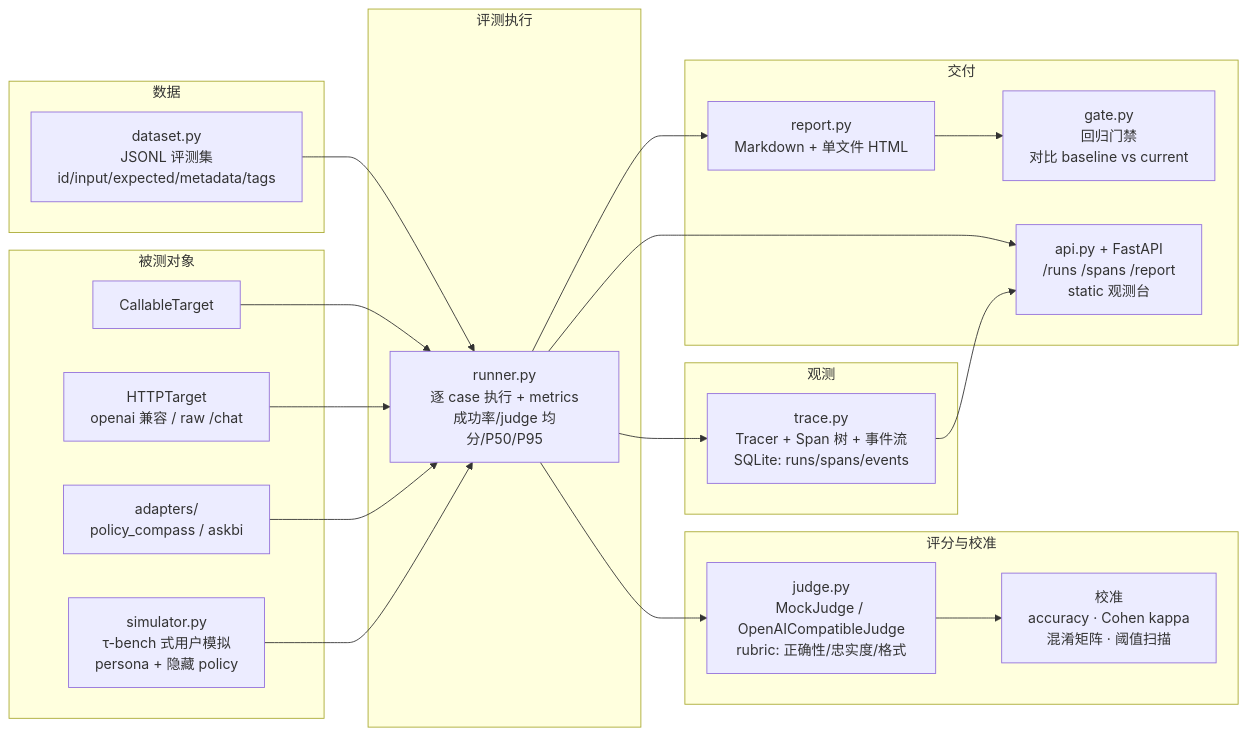
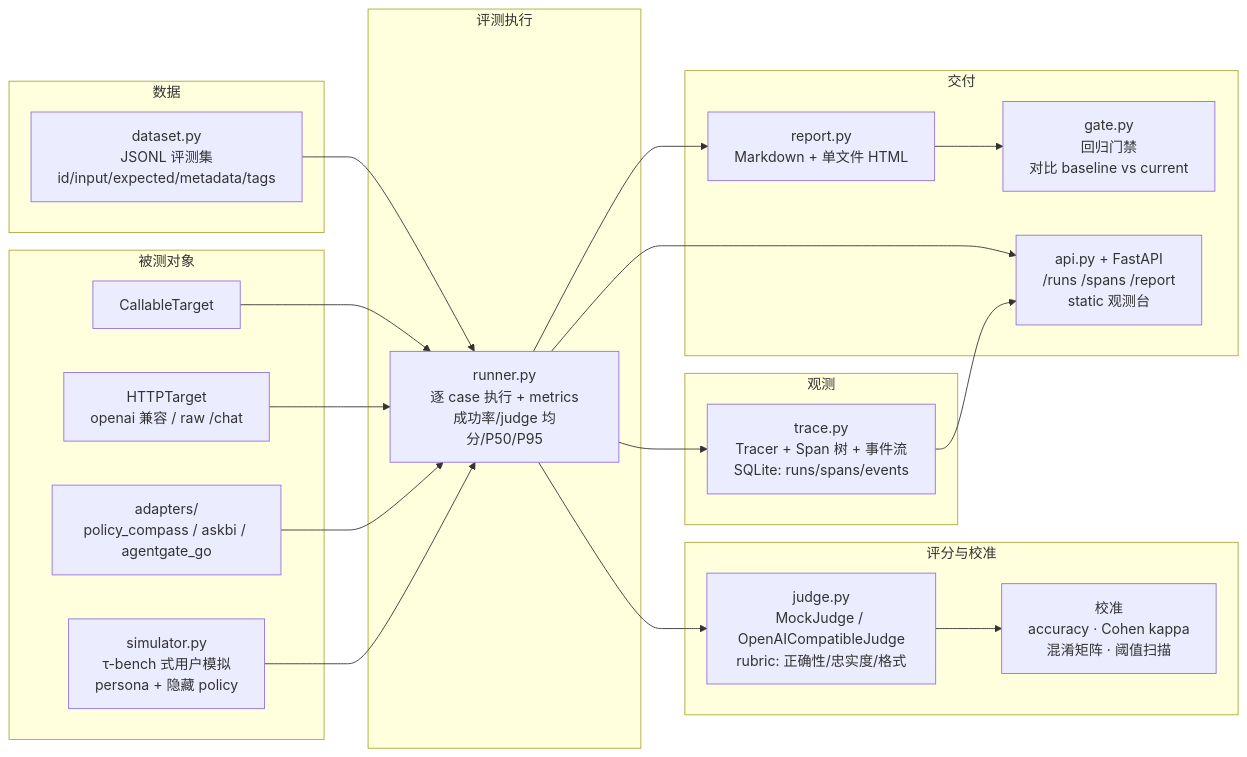
One commit to anlanjc/agenteval changed the second of 2 diagrams in README.md. Above: the diagram before and after it, drawn with Mermaid. The commit also changed other lines of this file and 8 other files, not shown here.

````diff
--- a/README.md
+++ b/README.md
@@ -29,35 +29,35 @@
 ```mermaid
 flowchart LR
     subgraph 数据
         DS[dataset.py<br/>JSONL 评测集<br/>id/input/expected/metadata/tags]
     end
     subgraph 被测对象
         T1[CallableTarget]
         T2[HTTPTarget<br/>openai 兼容 / raw /chat]
-        T3[adapters/<br/>policy_compass / askbi]
+        T3[adapters/<br/>policy_compass / askbi / agentgate_go]
         T4[simulator.py<br/>τ-bench 式用户模拟<br/>persona + 隐藏 policy]
     end
     subgraph 评测执行
         R[runner.py<br/>逐 case 执行 + metrics<br/>成功率/judge 均分/P50/P95]
     end
     subgraph 观测
         TR[trace.py<br/>Tracer + Span 树 + 事件流<br/>SQLite: runs/spans/events]
     end
     subgraph 评分与校准
         J[judge.py<br/>MockJudge / OpenAICompatibleJudge<br/>rubric: 正确性/忠实度/格式]
         C[校准<br/>accuracy · Cohen kappa<br/>混淆矩阵 · 阈值扫描]
     end
     subgraph 交付
         G[gate.py<br/>回归门禁<br/>对比 baseline vs current]
         RP[report.py<br/>Markdown + 单文件 HTML]
         API[api.py + FastAPI<br/>/runs /spans /report<br/>static 观测台]
     end
     DS --> R
     T1 & T2 & T3 & T4 --> R
     R --> TR
     R --> J
     J --> C
     R --> RP --> G
     R --> API
     TR --> API
 ```
````
